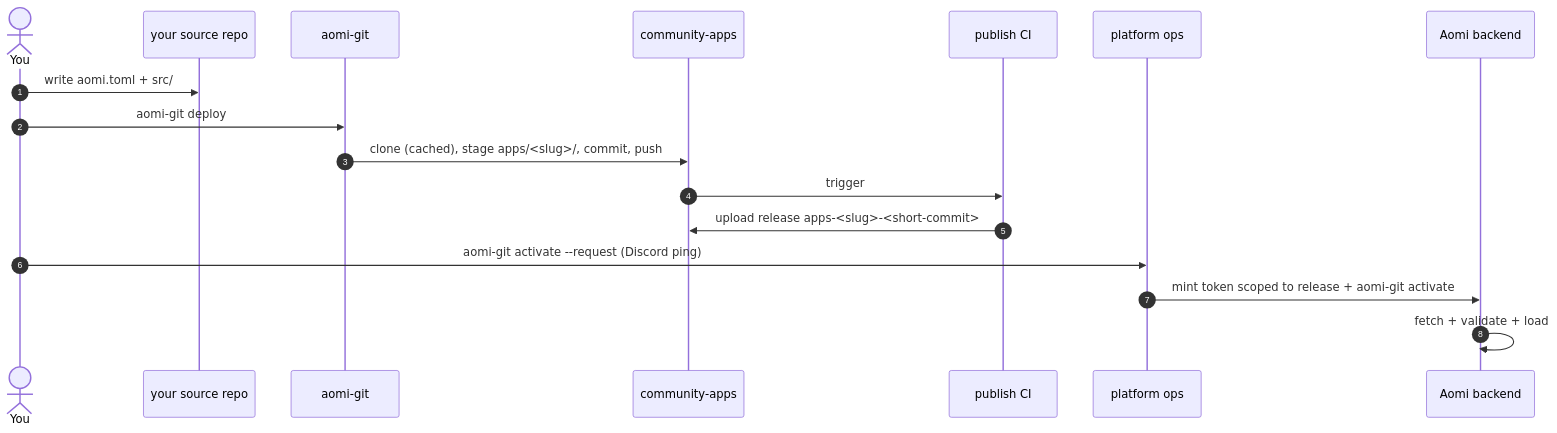
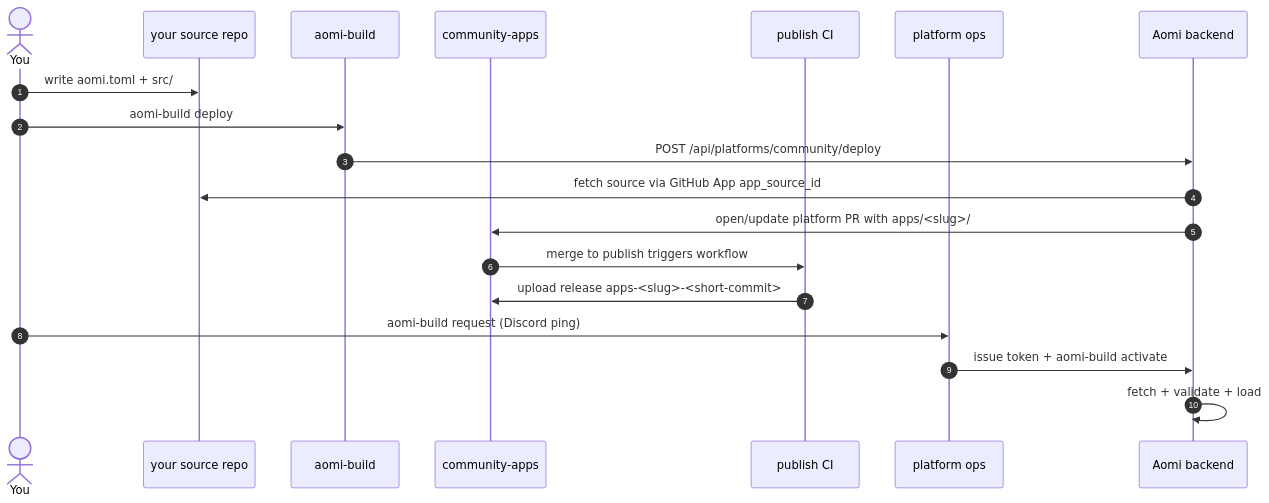
One commit to aomi-labs/community-apps changed the diagram in CONTRIBUTING.md. Above: the diagram before and after it, drawn with Mermaid. The commit also changed other lines of this file and 28 other files, not shown here.

First line of the commit message:
chore: bump community apps to aomi-sdk 3.0.0 (#9)

````diff
--- a/CONTRIBUTING.md
+++ b/CONTRIBUTING.md
@@ -10,20 +10,22 @@
 ```mermaid
 sequenceDiagram
     autonumber
     actor You
     participant Src as your source repo
-    participant CLI as aomi-git
+    participant CLI as aomi-build
     participant Repo as community-apps
     participant CI as publish CI
     participant Ops as platform ops
     participant BE as Aomi backend
 
     You->>Src: write aomi.toml + src/
-    You->>CLI: aomi-git deploy
-    CLI->>Repo: clone (cached), stage apps/<slug>/, commit, push
-    Repo->>CI: trigger
+    You->>CLI: aomi-build deploy
+    CLI->>BE: POST /api/platforms/community/deploy
+    BE->>Src: fetch source via GitHub App app_source_id
+    BE->>Repo: open/update platform PR with apps/<slug>/
+    Repo->>CI: merge to publish triggers workflow
     CI->>Repo: upload release apps-<slug>-<short-commit>
-    You->>Ops: aomi-git activate --request (Discord ping)
-    Ops->>BE: mint token scoped to release + aomi-git activate
+    You->>Ops: aomi-build request (Discord ping)
+    Ops->>BE: issue token + aomi-build activate
     BE->>BE: fetch + validate + load
 ```
````
